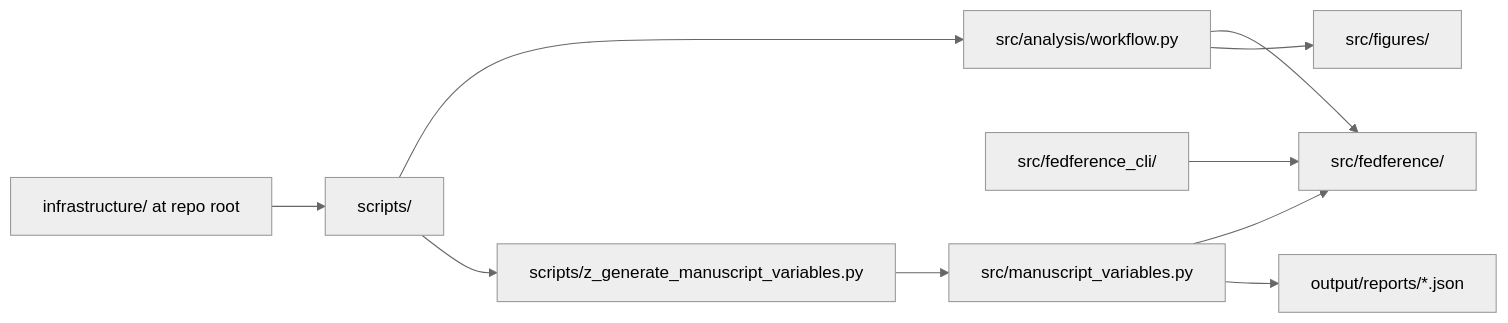
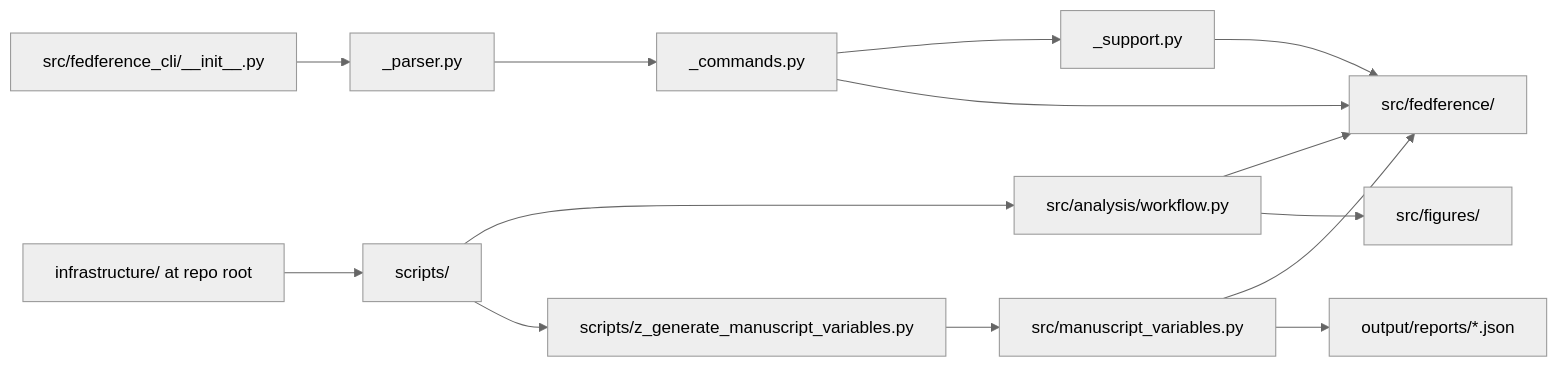
One commit to ActiveInferenceInstitute/Active_Fedference changed the first of 2 diagrams in docs/core/architecture.md. Above: the diagram before and after it, drawn with Mermaid (neutral theme). The commit also changed other lines of this file and 213 other files, not shown here.

````diff
--- a/docs/core/architecture.md
+++ b/docs/core/architecture.md
@@ -28,12 +28,16 @@
 ```mermaid
 flowchart LR
     scripts[scripts/] --> analysis[src/analysis/workflow.py]
     scripts --> vars[scripts/z_generate_manuscript_variables.py]
     analysis --> fedference[src/fedference/]
-    cli[src/fedference_cli/] --> fedference
+    cli_facade["src/fedference_cli/__init__.py"] --> cli_parser["_parser.py"]
+    cli_parser --> cli_commands["_commands.py"]
+    cli_commands --> cli_support["_support.py"]
+    cli_commands --> fedference
+    cli_support --> fedference
     analysis --> figures[src/figures/]
     vars --> manuscript_vars[src/manuscript_variables.py]
     manuscript_vars --> fedference
     manuscript_vars --> reports[output/reports/*.json]
     infra[infrastructure/ at repo root] --> scripts
 ```
````
